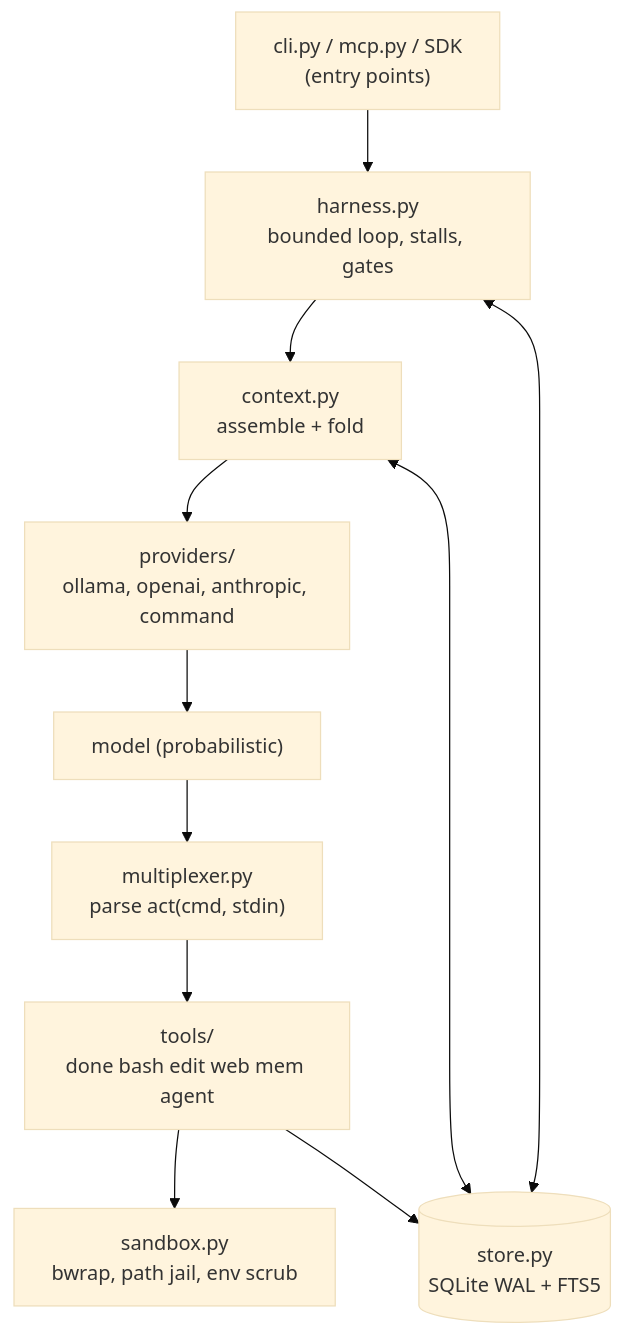
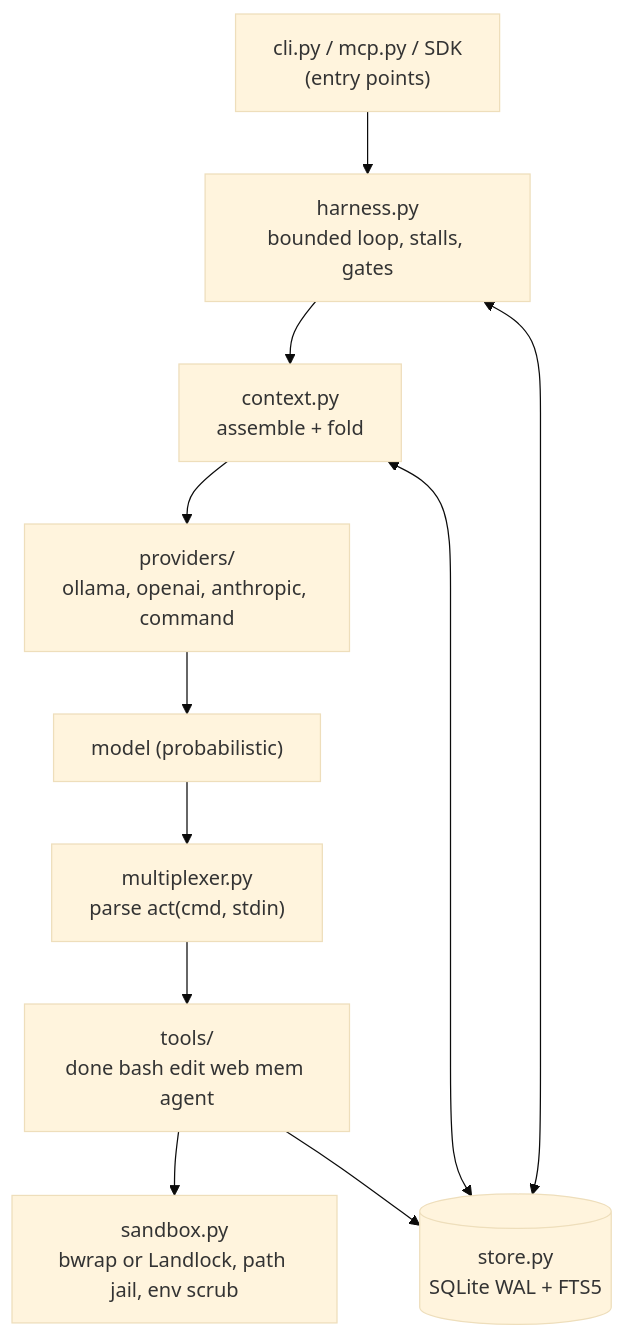
One commit to igormcsouza/tether changed the diagram in docs/architecture/overview.md. Above: the diagram before and after it, drawn with Mermaid (base theme). The commit also changed other lines of this file and 18 other files, not shown here.

First line of the commit message:
feat(sandbox): bwrap, else Landlock, else fail closed (AD-35) (#354)

````diff
--- a/docs/architecture/overview.md
+++ b/docs/architecture/overview.md
@@ -7,13 +7,13 @@
 ```mermaid
 flowchart TB
     CLI["cli.py / mcp.py / SDK<br/>(entry points)"] --> H["harness.py<br/>bounded loop, stalls, gates"]
     H --> CTX["context.py<br/>assemble + fold"]
     CTX --> P["providers/<br/>ollama, openai, anthropic, command"]
     P --> M["model (probabilistic)"]
     M --> MUX["multiplexer.py<br/>parse act(cmd, stdin)"]
     MUX --> T["tools/<br/>done bash edit web mem agent"]
-    T --> SB["sandbox.py<br/>bwrap, path jail, env scrub"]
+    T --> SB["sandbox.py<br/>bwrap or Landlock, path jail, env scrub"]
     T --> DB[("store.py<br/>SQLite WAL + FTS5")]
     H <--> DB
     CTX <--> DB
 ```
````
